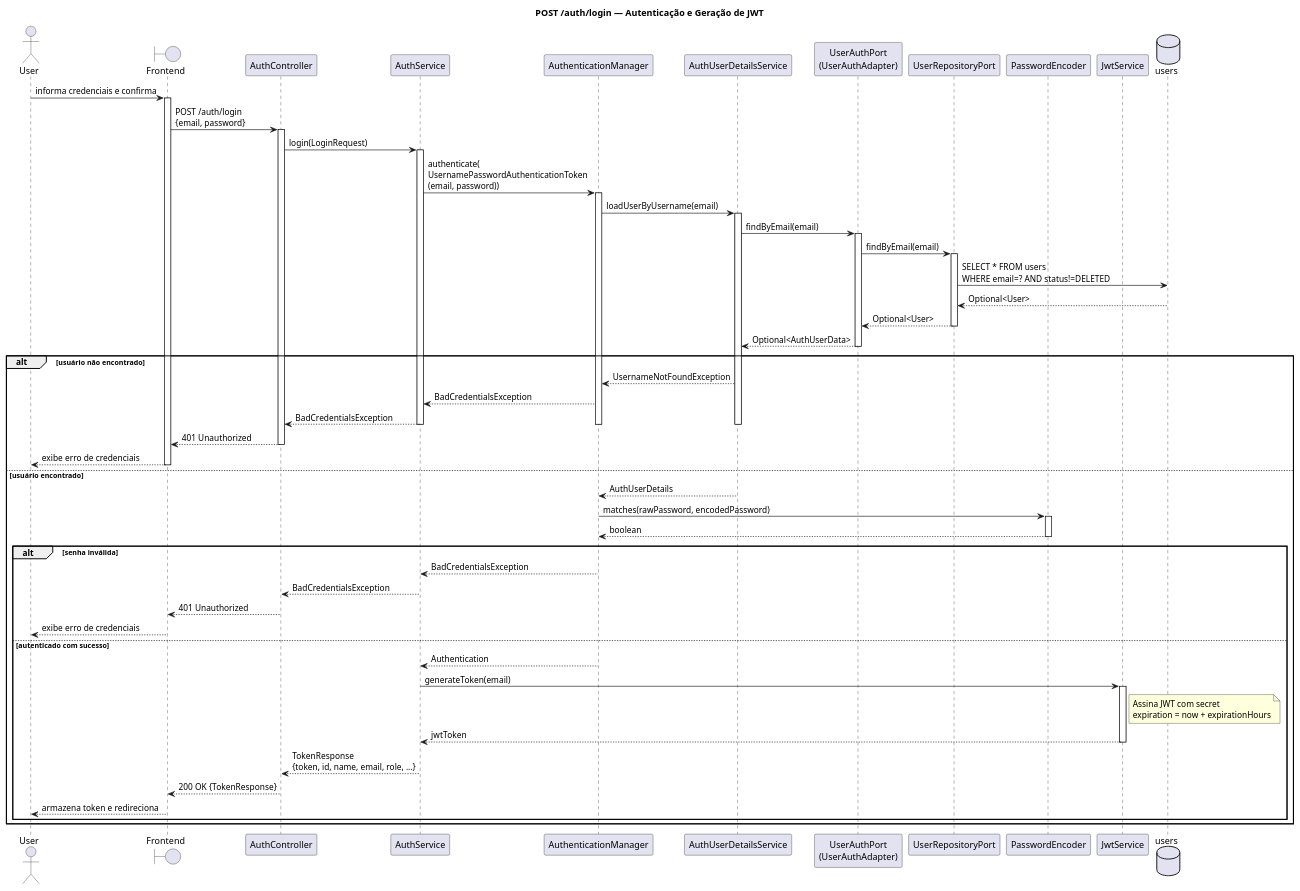
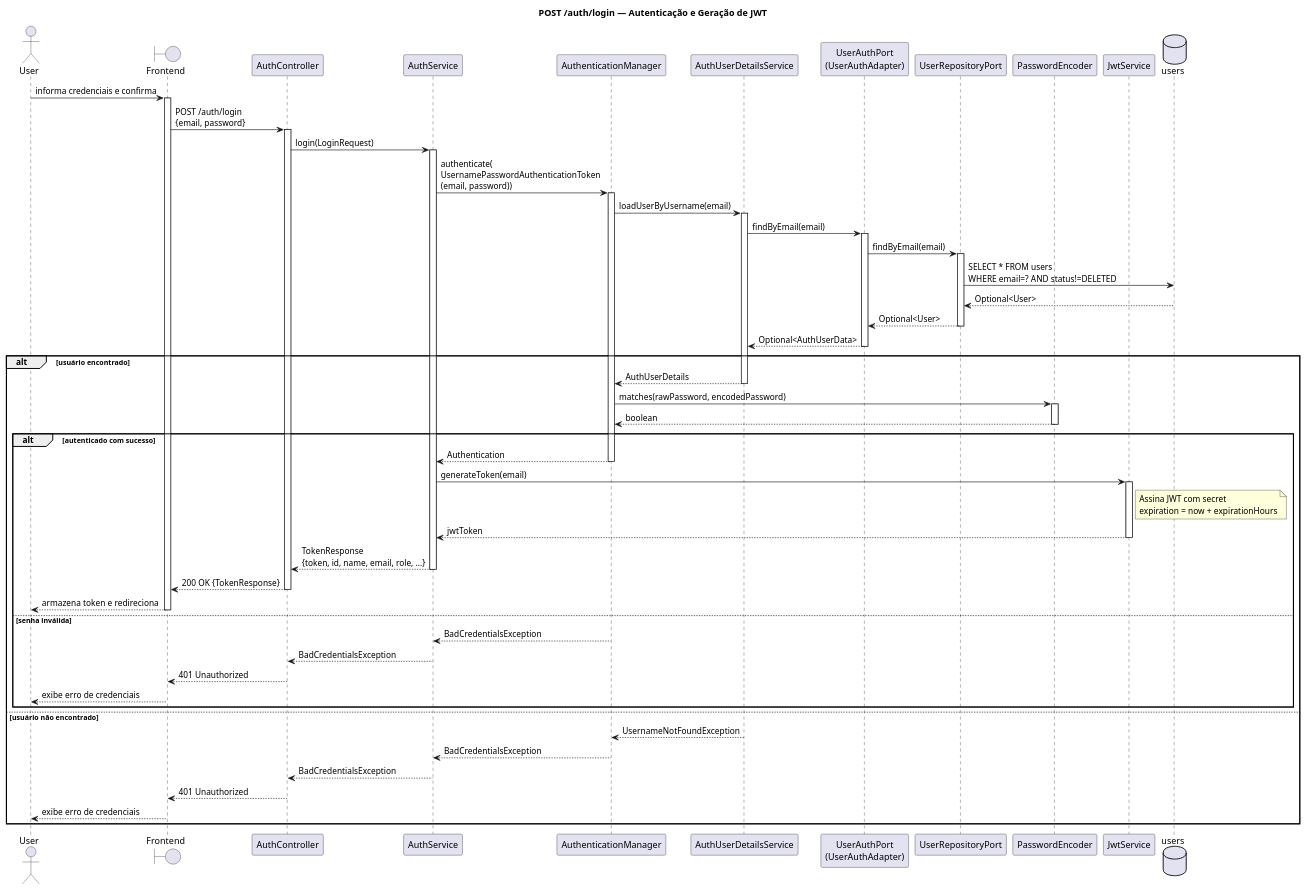
Before and after one commit to Neoguara/rooms-diagrams: the diagram in sequencia/auth/login.puml, drawn with PlantUML. The commit also changed 25 other files, not shown here.

```diff
--- a/sequencia/auth/login.puml
+++ b/sequencia/auth/login.puml
@@ -1,91 +1,91 @@
 @startuml login
 
 title POST /auth/login — Autenticação e Geração de JWT
 
 actor User
 boundary "Frontend" as FE
 participant "AuthController" as Ctrl
 participant "AuthService" as Service
 participant "AuthenticationManager" as AuthMgr
 participant "AuthUserDetailsService" as DetailsService
 participant "UserAuthPort\n(UserAuthAdapter)" as AuthPort
 participant "UserRepositoryPort" as UserRepo
 participant "PasswordEncoder" as Encoder
 participant "JwtService" as Jwt
 database "users" as DB
 
 User -> FE: informa credenciais e confirma
 activate FE
 FE -> Ctrl: POST /auth/login\n{email, password}
 activate Ctrl
 
 Ctrl -> Service: login(LoginRequest)
 activate Service
 
 Service -> AuthMgr: authenticate(\nUsernamePasswordAuthenticationToken\n(email, password))
 activate AuthMgr
 
 AuthMgr -> DetailsService: loadUserByUsername(email)
 activate DetailsService
 
 DetailsService -> AuthPort: findByEmail(email)
 activate AuthPort
 AuthPort -> UserRepo: findByEmail(email)
 activate UserRepo
 UserRepo -> DB: SELECT * FROM users\nWHERE email=? AND status!=DELETED
 DB --> UserRepo: Optional<User>
 UserRepo --> AuthPort: Optional<User>
 deactivate UserRepo
 AuthPort --> DetailsService: Optional<AuthUserData>
 deactivate AuthPort
 
-alt usuário não encontrado
-  DetailsService --> AuthMgr: UsernameNotFoundException
-  AuthMgr --> Service: BadCredentialsException
-  Service --> Ctrl: BadCredentialsException
-  deactivate DetailsService
-  deactivate AuthMgr
-  deactivate Service
-  Ctrl --> FE: 401 Unauthorized
-  deactivate Ctrl
-  FE --> User: exibe erro de credenciais
-  deactivate FE
-else usuário encontrado
+alt usuário encontrado
   DetailsService --> AuthMgr: AuthUserDetails
   deactivate DetailsService
 
   AuthMgr -> Encoder: matches(rawPassword, encodedPassword)
   activate Encoder
   Encoder --> AuthMgr: boolean
   deactivate Encoder
 
-  alt senha inválida
-    AuthMgr --> Service: BadCredentialsException
-    Service --> Ctrl: BadCredentialsException
-    deactivate AuthMgr
-    deactivate Service
-    Ctrl --> FE: 401 Unauthorized
-    deactivate Ctrl
-    FE --> User: exibe erro de credenciais
-    deactivate FE
-  else autenticado com sucesso
+  alt autenticado com sucesso
     AuthMgr --> Service: Authentication
     deactivate AuthMgr
 
     Service -> Jwt: generateToken(email)
     activate Jwt
     note right of Jwt: Assina JWT com secret\nexpiration = now + expirationHours
     Jwt --> Service: jwtToken
     deactivate Jwt
 
     Service --> Ctrl: TokenResponse\n{token, id, name, email, role, ...}
     deactivate Service
 
     Ctrl --> FE: 200 OK {TokenResponse}
     deactivate Ctrl
     FE --> User: armazena token e redireciona
     deactivate FE
+  else senha inválida
+    AuthMgr --> Service: BadCredentialsException
+    Service --> Ctrl: BadCredentialsException
+    deactivate AuthMgr
+    deactivate Service
+    Ctrl --> FE: 401 Unauthorized
+    deactivate Ctrl
+    FE --> User: exibe erro de credenciais
+    deactivate FE
   end
+else usuário não encontrado
+  DetailsService --> AuthMgr: UsernameNotFoundException
+  AuthMgr --> Service: BadCredentialsException
+  Service --> Ctrl: BadCredentialsException
+  deactivate DetailsService
+  deactivate AuthMgr
+  deactivate Service
+  Ctrl --> FE: 401 Unauthorized
+  deactivate Ctrl
+  FE --> User: exibe erro de credenciais
+  deactivate FE
 end
 
 @enduml
```
